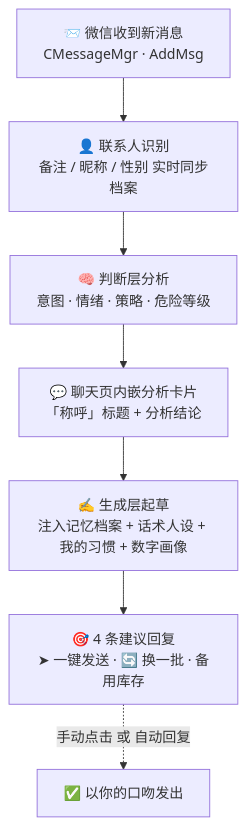
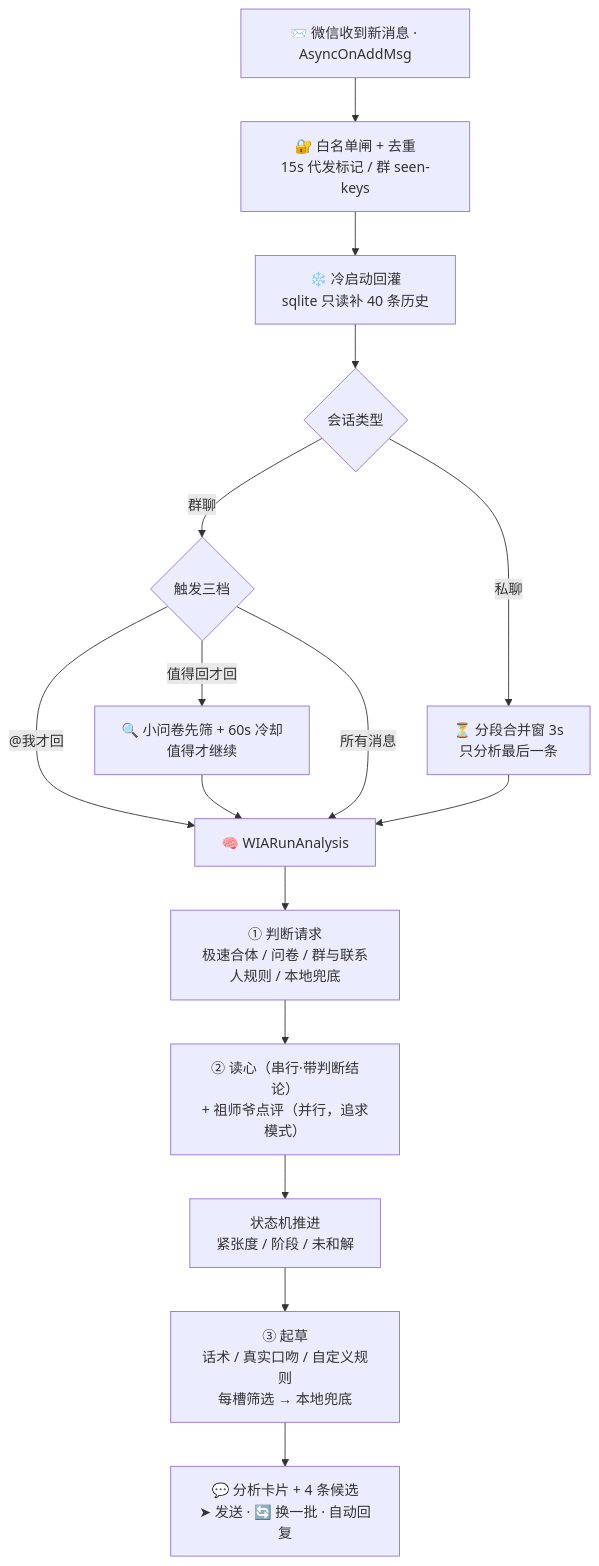
The first of 2 diagrams in README.md (lsp199308/Jev-Chat-for-WeChat), drawn with Mermaid before and after one commit. The commit also changed other lines of this file and 2 other files, not shown here.

````diff
--- a/README.md
+++ b/README.md
@@ -164,9 +110,18 @@
 ```mermaid
 flowchart TB
-    A["📨 微信收到新消息<br/>CMessageMgr · AddMsg"] --> B["👤 联系人识别<br/>备注 / 昵称 / 性别 实时同步档案"]
-    B --> C["🧠 判断层分析<br/>意图 · 情绪 · 策略 · 危险等级"]
-    C --> D["💬 聊天页内嵌分析卡片<br/>「称呼」标题 + 分析结论"]
-    D --> E["✍️ 生成层起草<br/>注入记忆档案 + 话术人设 + 我的习惯 + 数字画像"]
-    E --> F["🎯 4 条建议回复<br/>➤ 一键发送 · 🔄 换一批 · 备用库存"]
-    F -. "手动点击 或 自动回复" .-> G["✅ 以你的口吻发出"]
+    A["📨 微信收到新消息 · AsyncOnAddMsg"] --> B["🔐 白名单闸 + 去重<br/>15s 代发标记 / 群 seen-keys"]
+    B --> C["❄️ 冷启动回灌<br/>sqlite 只读补 40 条历史"]
+    C --> D{"会话类型"}
+    D -- 私聊 --> E["⏳ 分段合并窗 3s<br/>只分析最后一条"]
+    D -- 群聊 --> F{"触发三档"}
+    F -- "@我才回" --> G
+    F -- "值得回才回" --> F2["🔍 小问卷先筛 + 60s 冷却<br/>值得才继续"]
+    F2 --> G
+    F -- "所有消息" --> G
+    E --> G["🧠 WIARunAnalysis"]
+    G --> G1["① 判断请求<br/>极速合体 / 问卷 / 群与联系人规则 / 本地兜底"]
+    G1 --> G2["② 读心（串行·带判断结论）<br/>+ 祖师爷点评（并行，追求模式）"]
+    G2 --> G3["状态机推进<br/>紧张度 / 阶段 / 未和解"]
+    G3 --> G4["③ 起草<br/>话术 / 真实口吻 / 自定义规则<br/>每槽筛选 → 本地兜底"]
+    G4 --> H["💬 分析卡片 + 4 条候选<br/>➤ 发送 · 🔄 换一批 · 自动回复"]
 ```
````
